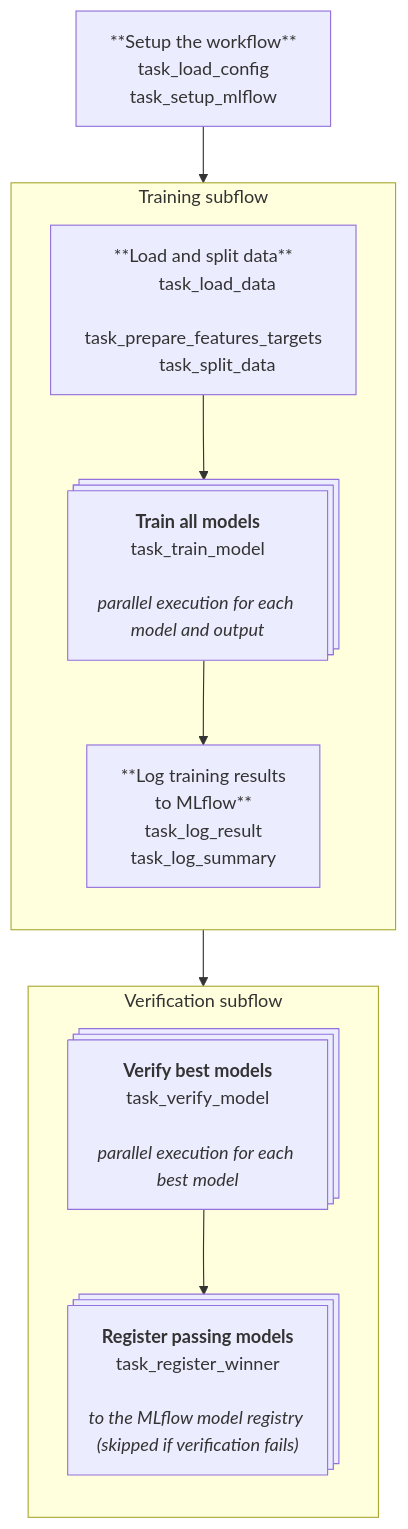
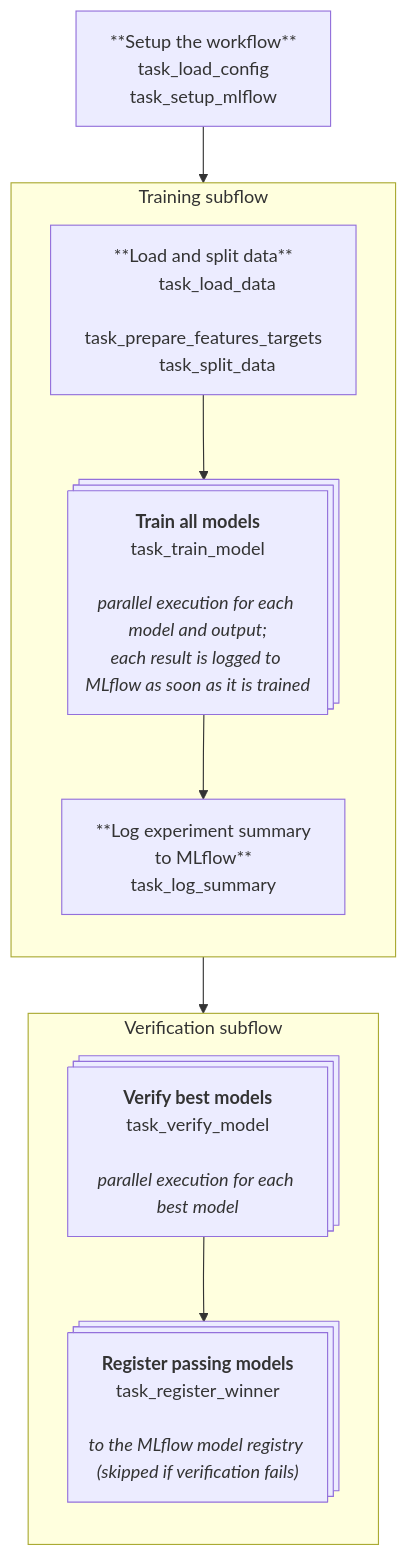
The second of 2 diagrams in docs/workflow-architecture.md (collab-uniba/BoneStrengthML-SF3_application), drawn with Mermaid before and after one commit. The commit also changed other lines of this file and 2 other files, not shown here.

Commit message:
Log each model's MLflow run as soon as it finishes training
Move per-model MLflow logging into task_train_model so each run appears
in parallel during training instead of after the whole batch completes.
Removes the separate logging task, the run_id bookkeeping, and the
X_sample threading.

````diff
--- a/docs/workflow-architecture.md
+++ b/docs/workflow-architecture.md
@@ -32,35 +32,34 @@
 ```mermaid
 flowchart TD
     flow_setup[**Setup the workflow**
       task_load_config
       task_setup_mlflow]
 
     data_loading[**Load and split data**
       task_load_data
       task_prepare_features_targets
       task_split_data]
 
-    model_training@{ shape: procs, label: "**Train all models**<br>task_train_model<br><br>*parallel execution for each model and output*" }
+    model_training@{ shape: procs, label: "**Train all models**<br>task_train_model<br><br>*parallel execution for each model and output;<br>each result is logged to MLflow as soon as it is trained*" }
 
-    log_results[**Log training results
+    log_summary[**Log experiment summary
             to MLflow**
-      task_log_result
       task_log_summary]
 
     verify_best_models@{ shape: procs, label: "**Verify best models**<br>task_verify_model<br><br>*parallel execution for each best model*" }
 
     register_winners@{ shape: procs, label: "**Register passing models**<br>task_register_winner<br><br>*to the MLflow model registry (skipped if verification fails)*" }
 
 
     flow_setup --> data_loading
     subgraph training_subflow [Training subflow]
         direction TB
         data_loading --> model_training
-        model_training --> log_results
+        model_training --> log_summary
     end
     subgraph verification_subflow [Verification subflow]
         direction TB
-        log_results --> verify_best_models
+        log_summary --> verify_best_models
         verify_best_models --> register_winners
     end
 ```
````
